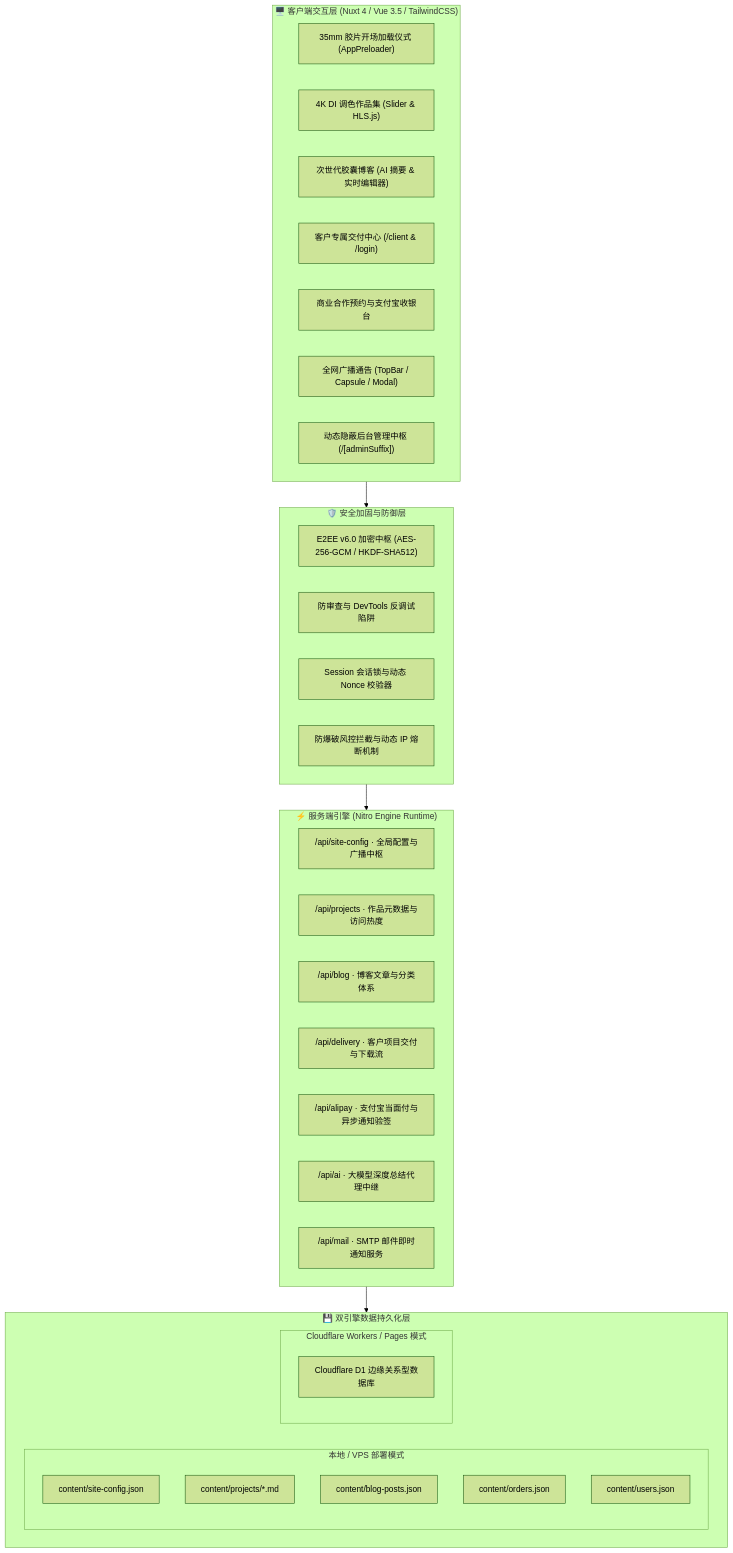
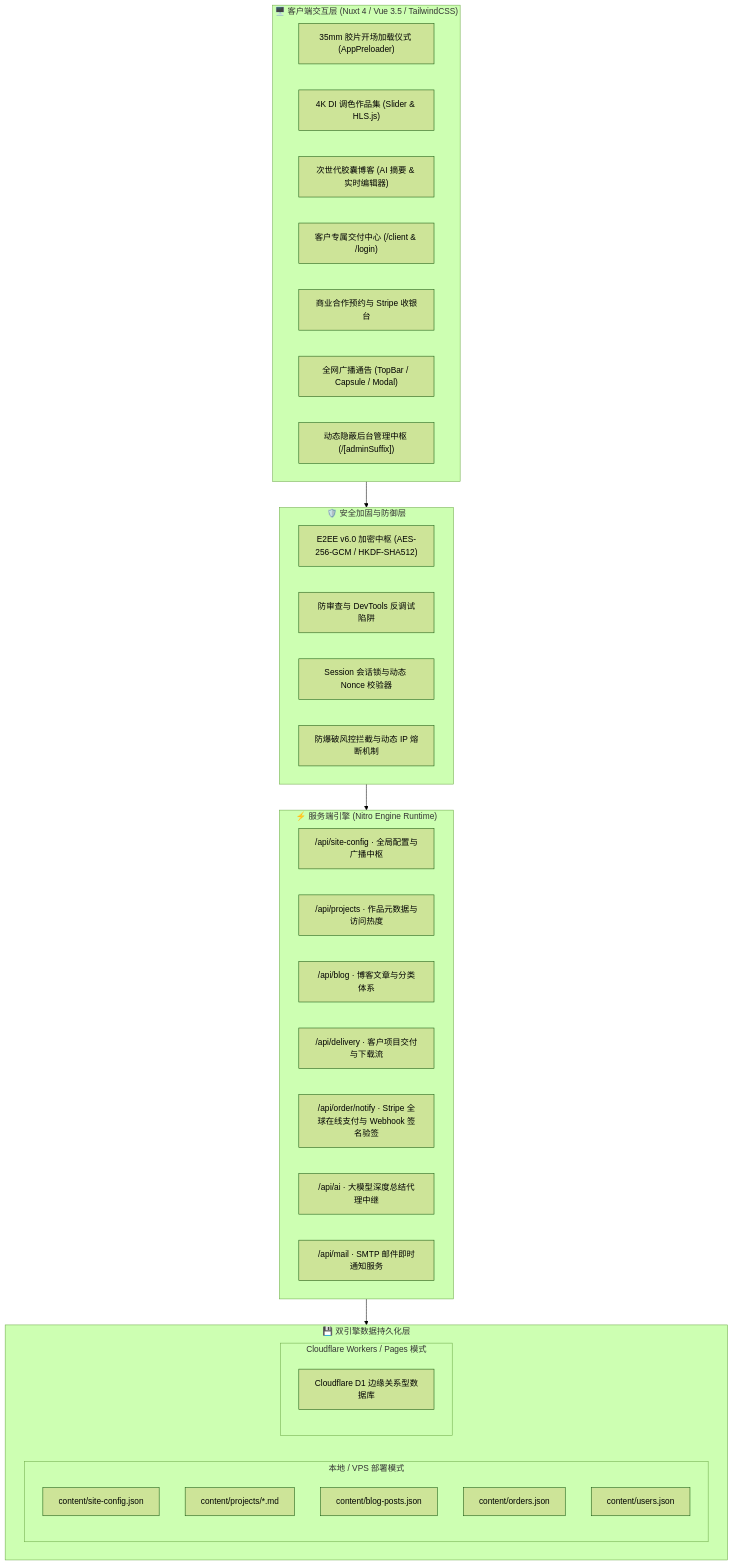
The first of 2 diagrams in README.md (xiaoxi303/xo), drawn with Mermaid (forest theme) before and after one commit. The commit also changed other lines of this file and 27 other files, not shown here.

````diff
--- a/README.md
+++ b/README.md
@@ -177,46 +177,46 @@
 ```mermaid
 flowchart TD
     subgraph ClientLayer ["🖥️ 客户端交互层 (Nuxt 4 / Vue 3.5 / TailwindCSS)"]
         UI_Preloader["35mm 胶片开场加载仪式 (AppPreloader)"]
         UI_Portfolio["4K DI 调色作品集 (Slider & HLS.js)"]
         UI_Blog["次世代胶囊博客 (AI 摘要 & 实时编辑器)"]
         UI_Delivery["客户专属交付中心 (/client & /login)"]
-        UI_Booking["商业合作预约与支付宝收银台"]
+        UI_Booking["商业合作预约与 Stripe 收银台"]
         UI_Announcement["全网广播通告 (TopBar / Capsule / Modal)"]
         UI_Admin["动态隐蔽后台管理中枢 (/[adminSuffix])"]
     end
 
     subgraph SecurityShield ["🛡️ 安全加固与防御层"]
         E2EE["E2EE v6.0 加密中枢 (AES-256-GCM / HKDF-SHA512)"]
         AntiScrape["防审查与 DevTools 反调试陷阱"]
         SessionGuard["Session 会话锁与动态 Nonce 校验器"]
         RateLimit["防爆破风控拦截与动态 IP 熔断机制"]
     end
 
     subgraph ServerRuntime ["⚡ 服务端引擎 (Nitro Engine Runtime)"]
         API_Config["/api/site-config · 全局配置与广播中枢"]
         API_Projects["/api/projects · 作品元数据与访问热度"]
         API_Blog["/api/blog · 博客文章与分类体系"]
         API_Delivery["/api/delivery · 客户项目交付与下载流"]
-        API_Alipay["/api/alipay · 支付宝当面付与异步通知验签"]
+        API_Stripe["/api/order/notify · Stripe 全球在线支付与 Webhook 签名验签"]
         API_AI["/api/ai · 大模型深度总结代理中继"]
         API_Mail["/api/mail · SMTP 邮件即时通知服务"]
     end
 
     subgraph DualStorage ["💾 双引擎数据持久化层"]
         subgraph LocalMode ["本地 / VPS 部署模式"]
             Disk_Config["content/site-config.json"]
             Disk_Projects["content/projects/*.md"]
             Disk_Blog["content/blog-posts.json"]
             Disk_Orders["content/orders.json"]
             Disk_Users["content/users.json"]
         end
         subgraph CloudflareMode ["Cloudflare Workers / Pages 模式"]
             D1_DB["Cloudflare D1 边缘关系型数据库"]
         end
     end
 
     ClientLayer --> SecurityShield
     SecurityShield --> ServerRuntime
     ServerRuntime --> DualStorage
 ```
````
